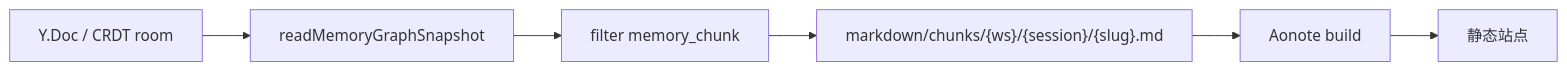
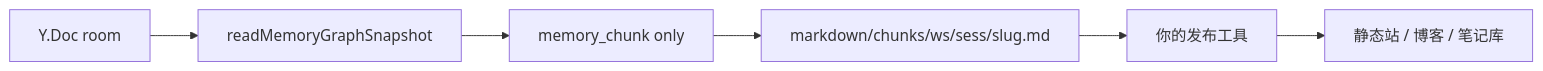
Before and after one commit to runsli/slisync: the diagram in docs/zh/export.md, drawn with Mermaid. The commit also changed other lines of this file and 26 other files, not shown here.

````diff
--- a/docs/zh/export.md
+++ b/docs/zh/export.md
@@ -13,8 +11,8 @@
 ```mermaid
 flowchart LR
-  A[Y.Doc / CRDT room] --> B[readMemoryGraphSnapshot]
-  B --> C[filter memory_chunk]
-  C --> D["markdown/chunks/{ws}/{session}/{slug}.md"]
-  D --> E[Aonote build]
-  E --> F[静态站点]
+  CRDT[Y.Doc room] --> Snap[readMemoryGraphSnapshot]
+  Snap --> Filter[memory_chunk only]
+  Filter --> MD["markdown/chunks/ws/sess/slug.md"]
+  MD --> YOU[你的发布工具]
+  YOU --> Site[静态站 / 博客 / 笔记库]
 ```
````
